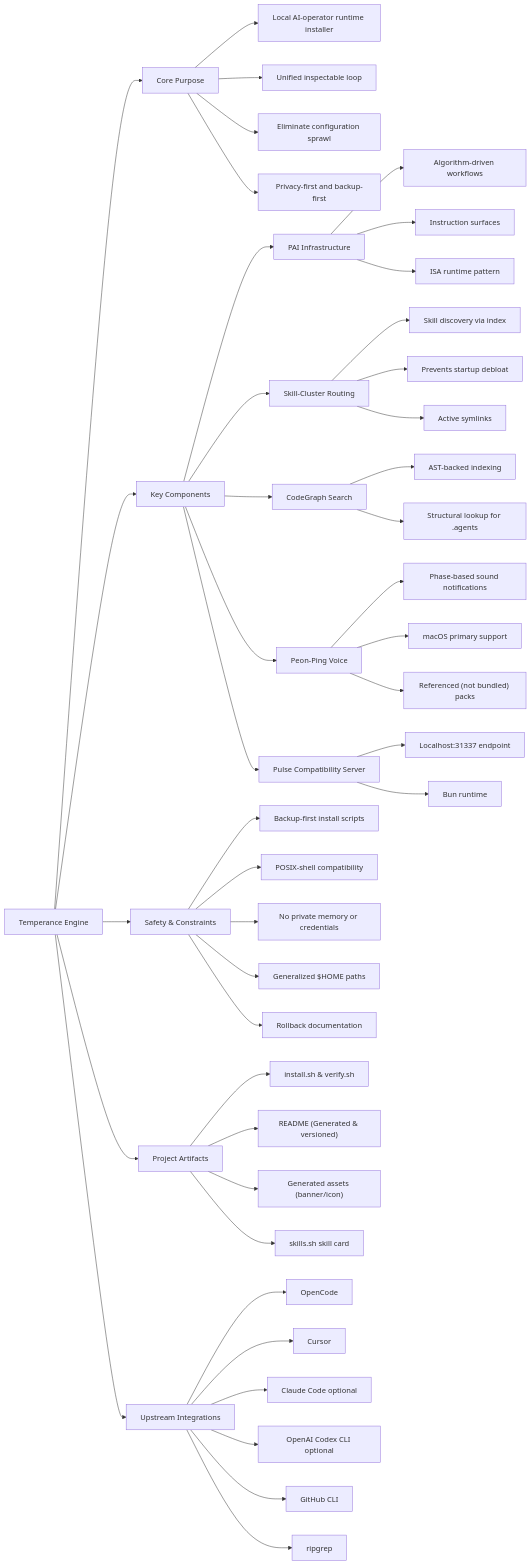
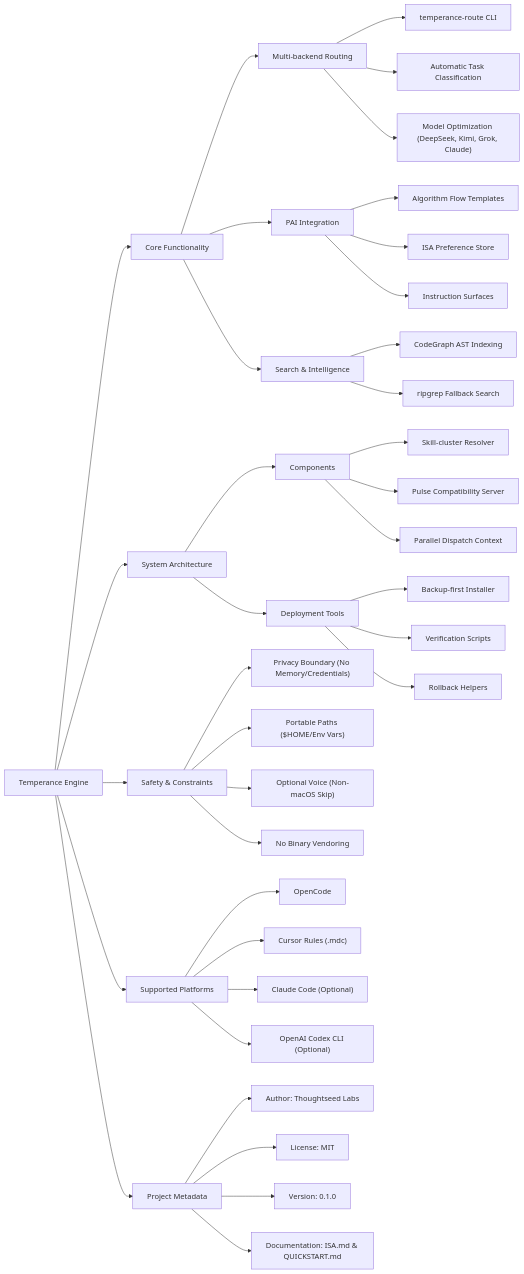
The first of 2 diagrams in README.md (Sheshiyer/temperance_engine), drawn with Mermaid before and after one commit. The commit also changed other lines of this file and 1 other file, not shown here.

Commit message:
chore(readme): refresh NotebookLM intelligence sections

````diff
--- a/README.md
+++ b/README.md
@@ -85,88 +85,76 @@
 ```mermaid
 graph LR
   N001["Temperance Engine"]
-  N002["Core Purpose"]
+  N002["Core Functionality"]
   N001 --> N002
-  N003["Local AI-operator runtime installer"]
+  N003["Multi-backend Routing"]
   N002 --> N003
-  N004["Unified inspectable loop"]
-  N002 --> N004
-  N005["Eliminate configuration sprawl"]
-  N002 --> N005
-  N006["Privacy-first and backup-first"]
-  N002 --> N006
-  N007["Key Components"]
-  N001 --> N007
-  N008["PAI Infrastructure"]
+  N004["temperance-route CLI"]
+  N003 --> N004
+  N005["Automatic Task Classification"]
+  N003 --> N005
+  N006["Model Optimization (DeepSeek, Kimi, Grok, Claude)"]
+  N003 --> N006
+  N007["PAI Integration"]
+  N002 --> N007
+  N008["Algorithm Flow Templates"]
   N007 --> N008
-  N009["Algorithm-driven workflows"]
-  N008 --> N009
-  N010["Instruction surfaces"]
-  N008 --> N010
-  N011["ISA runtime pattern"]
-  N008 --> N011
-  N012["Skill-Cluster Routing"]
-  N007 --> N012
-  N013["Skill discovery via index"]
-  N012 --> N013
-  N014["Prevents startup debloat"]
-  N012 --> N014
-  N015["Active symlinks"]
-  N012 --> N015
-  N016["CodeGraph Search"]
-  N007 --> N016
-  N017["AST-backed indexing"]
-  N016 --> N017
-  N018["Structural lookup for .agents"]
-  N016 --> N018
-  N019["Peon-Ping Voice"]
-  N007 --> N019
-  N020["Phase-based sound notifications"]
+  N009["ISA Preference Store"]
+  N007 --> N009
+  N010["Instruction Surfaces"]
+  N007 --> N010
+  N011["Search & Intelligence"]
+  N002 --> N011
+  N012["CodeGraph AST Indexing"]
+  N011 --> N012
+  N013["ripgrep Fallback Search"]
+  N011 --> N013
+  N014["System Architecture"]
+  N001 --> N014
+  N015["Components"]
+  N014 --> N015
+  N016["Skill-cluster Resolver"]
+  N015 --> N016
+  N017["Pulse Compatibility Server"]
+  N015 --> N017
+  N018["Parallel Dispatch Context"]
+  N015 --> N018
+  N019["Deployment Tools"]
+  N014 --> N019
+  N020["Backup-first Installer"]
   N019 --> N020
-  N021["macOS primary support"]
+  N021["Verification Scripts"]
   N019 --> N021
-  N022["Referenced (not bundled) packs"]
+  N022["Rollback Helpers"]
   N019 --> N022
-  N023["Pulse Compatibility Server"]
-  N007 --> N023
-  N024["Localhost:31337 endpoint"]
+  N023["Safety & Constraints"]
+  N001 --> N023
+  N024["Privacy Boundary (No Memory/Credentials)"]
   N023 --> N024
-  N025["Bun runtime"]
+  N025["Portable Paths ($HOME/Env Vars)"]
   N023 --> N025
-  N026["Safety & Constraints"]
-  N001 --> N026
-  N027["Backup-first install scripts"]
-  N026 --> N027
-  N028["POSIX-shell compatibility"]
-  N026 --> N028
-  N029["No private memory or credentials"]
-  N026 --> N029
-  N030["Generalized $HOME paths"]
-  N026 --> N030
-  N031["Rollback documentation"]
-  N026 --> N031
-  N032["Project Artifacts"]
-  N001 --> N032
-  N033["install.sh & verify.sh"]
-  N032 --> N033
-  N034["README (Generated & versioned)"]
-  N032 --> N034
-  N035["Generated assets (banner/icon)"]
-  N032 --> N035
-  N036["skills.sh skill card"]
-  N032 --> N036
-  N037["Upstream Integrations"]
-  N001 --> N037
-  N038["OpenCode"]
-  N037 --> N038
-  N039["Cursor"]
-  N037 --> N039
-  N040["Claude Code optional"]
-  N037 --> N040
-  N041["OpenAI Codex CLI optional"]
-  N037 --> N041
-  N042["GitHub CLI"]
-  N037 --> N042
-  N043[ripgrep]
-  N037 --> N043
+  N026["Optional Voice (Non-macOS Skip)"]
+  N023 --> N026
+  N027["No Binary Vendoring"]
+  N023 --> N027
+  N028["Supported Platforms"]
+  N001 --> N028
+  N029["OpenCode"]
+  N028 --> N029
+  N030["Cursor Rules (.mdc)"]
+  N028 --> N030
+  N031["Claude Code (Optional)"]
+  N028 --> N031
+  N032["OpenAI Codex CLI (Optional)"]
+  N028 --> N032
+  N033["Project Metadata"]
+  N001 --> N033
+  N034["Author: Thoughtseed Labs"]
+  N033 --> N034
+  N035["License: MIT"]
+  N033 --> N035
+  N036["Version: 0.1.0"]
+  N033 --> N036
+  N037["Documentation: ISA.md & QUICKSTART.md"]
+  N033 --> N037
 ```
````
